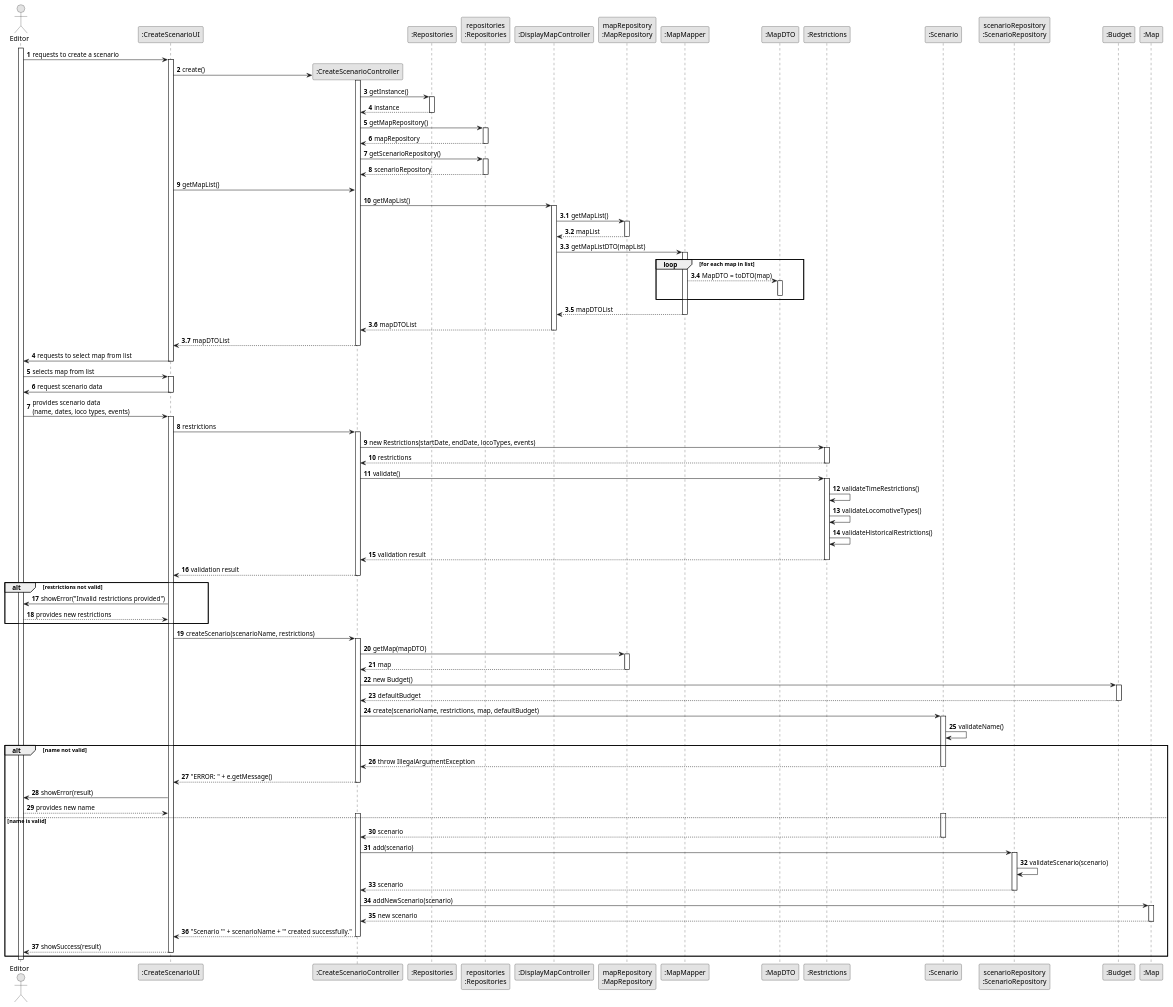
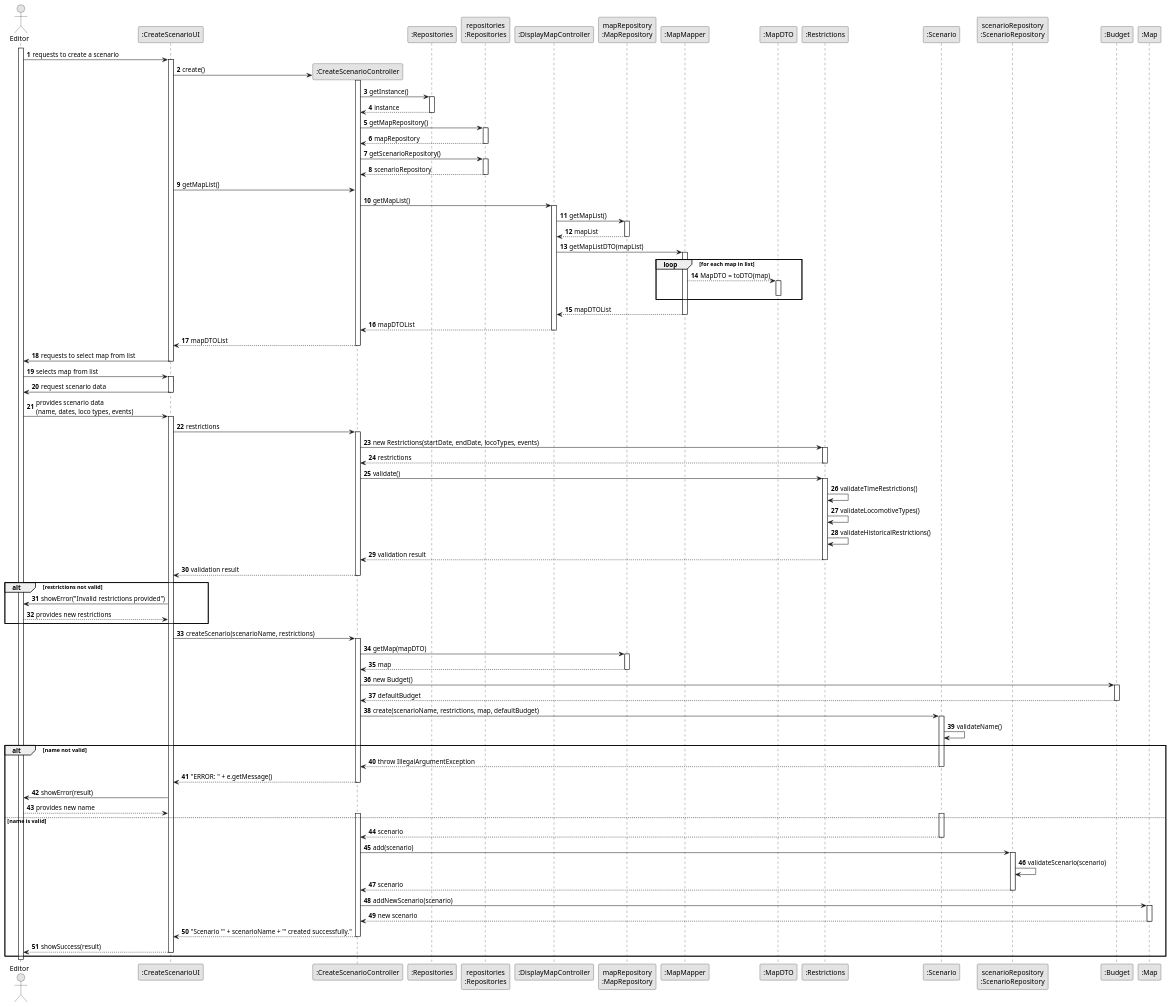
The diagram in docs/sprint3/us004/03.design/puml/us004-full-diagram.puml (ivasduarte/all-aboard), drawn with PlantUML before and after one commit. The commit also changed 18 other files, not shown here.

```diff
--- a/docs/sprint3/us004/03.design/puml/us004-full-diagram.puml
+++ b/docs/sprint3/us004/03.design/puml/us004-full-diagram.puml
@@ -1,153 +1,151 @@
 @startuml
 skinparam monochrome true
 skinparam packageStyle rectangle
 skinparam shadowing false
 
 autonumber
 actor "Editor" as Editor
 participant ":CreateScenarioUI" as UI
 participant ":CreateScenarioController" as CTRL
 participant ":Repositories" as reps
 participant "repositories\n:Repositories" as PLAT
 participant ":DisplayMapController" as mapCTRL
 participant "mapRepository\n:MapRepository" as mapRep
 participant ":MapMapper" as mapper
 participant ":MapDTO" as dto
 participant ":Restrictions" as Restrictions
 participant ":Scenario" as Scenario
 participant "scenarioRepository\n:ScenarioRepository" as Repo
 participant ":Budget" as Budget
 participant ":Map" as Map
 
 activate Editor
 Editor -> UI : requests to create a scenario
 activate UI
 
 UI -> CTRL** : create()
 activate CTRL
 
 CTRL -> reps : getInstance()
 activate reps
 reps --> CTRL : instance
 deactivate reps
 
 CTRL -> PLAT : getMapRepository()
 activate PLAT
 PLAT --> CTRL : mapRepository
 deactivate PLAT
 
 CTRL -> PLAT : getScenarioRepository()
 activate PLAT
 PLAT --> CTRL : scenarioRepository
 deactivate PLAT
 
 UI -> CTRL : getMapList()
 
 CTRL -> mapCTRL : getMapList()
-autonumber 3.1
 activate mapCTRL
 mapCTRL -> mapRep : getMapList()
 activate mapRep
 mapRep --> mapCTRL : mapList
 deactivate mapRep
 
 mapCTRL -> mapper : getMapListDTO(mapList)
 activate mapper
 loop for each map in list
     mapper --> dto : MapDTO = toDTO(map)
     activate dto
     deactivate dto
 end
 mapper --> mapCTRL : mapDTOList
 deactivate mapper
 
 mapCTRL --> CTRL : mapDTOList
 deactivate mapCTRL
 CTRL --> UI : mapDTOList
 deactivate CTRL
 
-autonumber 4
 UI -> Editor : requests to select map from list
 deactivate UI
 Editor -> UI : selects map from list
 activate UI
 
 UI -> Editor : request scenario data
 deactivate UI
 Editor -> UI : provides scenario data\n(name, dates, loco types, events)
 activate UI
 
 UI -> CTRL : restrictions
 activate CTRL
 CTRL -> Restrictions : new Restrictions(startDate, endDate, locoTypes, events)
 activate Restrictions
 Restrictions --> CTRL : restrictions
 deactivate Restrictions
 
 CTRL -> Restrictions : validate()
 activate Restrictions
 Restrictions -> Restrictions : validateTimeRestrictions()
 Restrictions -> Restrictions : validateLocomotiveTypes()
 Restrictions -> Restrictions : validateHistoricalRestrictions()
 Restrictions --> CTRL : validation result
 deactivate Restrictions
 
 CTRL --> UI : validation result
 deactivate CTRL
 
 alt restrictions not valid
     UI -> Editor : showError("Invalid restrictions provided")
     Editor --> UI : provides new restrictions
 end
 
 UI -> CTRL : createScenario(scenarioName, restrictions)
 activate CTRL
 
 CTRL -> mapRep : getMap(mapDTO)
 activate mapRep
 mapRep --> CTRL : map
 deactivate mapRep
 
 CTRL -> Budget : new Budget()
 activate Budget
 Budget --> CTRL : defaultBudget
 deactivate Budget
 
 CTRL -> Scenario : create(scenarioName, restrictions, map, defaultBudget)
 activate Scenario
 Scenario -> Scenario : validateName()
 alt name not valid
     Scenario --> CTRL : throw IllegalArgumentException
     deactivate Scenario
     CTRL --> UI : "ERROR: " + e.getMessage()
     deactivate CTRL
     UI -> Editor : showError(result)
     Editor --> UI : provides new name
 
 else name is valid
 
     activate Scenario
     activate CTRL
     Scenario --> CTRL : scenario
     deactivate Scenario
 
     CTRL -> Repo : add(scenario)
     activate Repo
     Repo -> Repo : validateScenario(scenario)
     Repo --> CTRL : scenario
     deactivate Repo
 
     CTRL -> Map : addNewScenario(scenario)
     activate Map
     Map --> CTRL : new scenario
     deactivate Map
 
     CTRL --> UI : "Scenario '" + scenarioName + "' created successfully."
     deactivate CTRL
 
     UI --> Editor : showSuccess(result)
     deactivate UI
 end
 
 deactivate Editor
 @enduml
```
